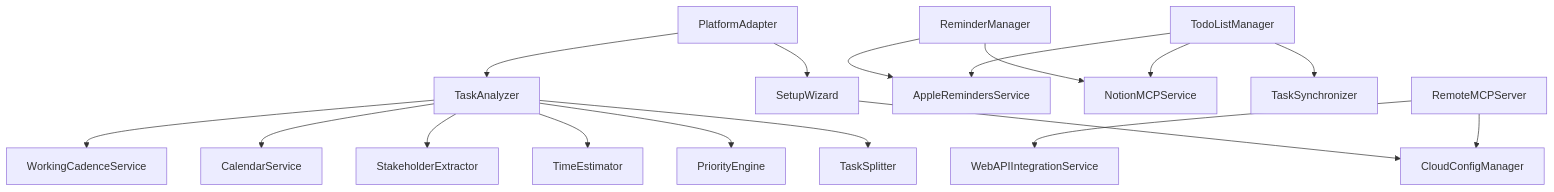
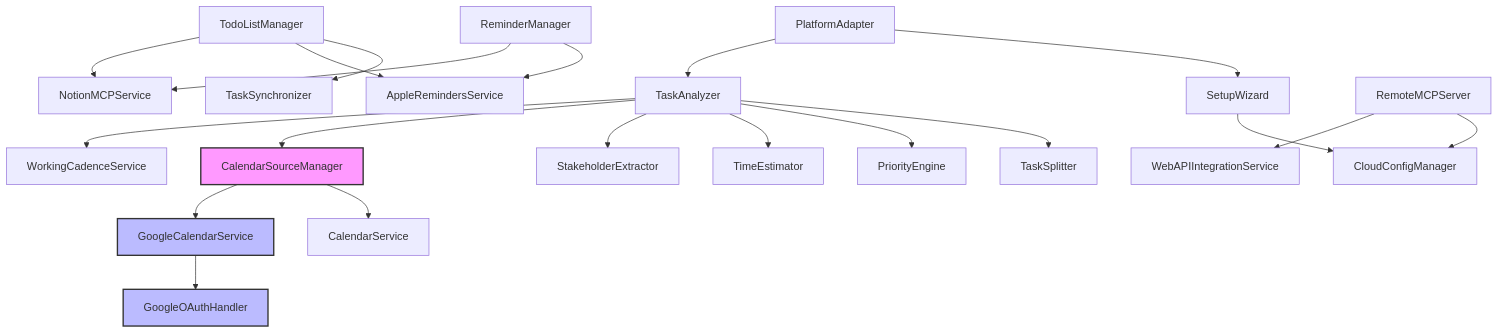
One commit to shin1ohno/sage changed the diagram in .claude/specs/components.md. Above: the diagram before and after it, drawn with Mermaid. The commit also changed other lines of this file and 16 other files, not shown here.

````diff
--- a/.claude/specs/components.md
+++ b/.claude/specs/components.md
@@ -533,25 +646,33 @@
 ```mermaid
 graph TD
     PlatformAdapter --> SetupWizard
     PlatformAdapter --> TaskAnalyzer
 
     SetupWizard --> CloudConfigManager
 
     TaskAnalyzer --> TaskSplitter
     TaskAnalyzer --> PriorityEngine
     TaskAnalyzer --> TimeEstimator
     TaskAnalyzer --> StakeholderExtractor
 
     ReminderManager --> AppleRemindersService
     ReminderManager --> NotionMCPService
 
-    TaskAnalyzer --> CalendarService
+    TaskAnalyzer --> CalendarSourceManager
     TaskAnalyzer --> WorkingCadenceService
+
+    CalendarSourceManager --> CalendarService
+    CalendarSourceManager --> GoogleCalendarService
+    GoogleCalendarService --> GoogleOAuthHandler
 
     TodoListManager --> TaskSynchronizer
     TodoListManager --> AppleRemindersService
     TodoListManager --> NotionMCPService
 
     RemoteMCPServer --> CloudConfigManager
     RemoteMCPServer --> WebAPIIntegrationService
+
+    style CalendarSourceManager fill:#f9f,stroke:#333,stroke-width:2px
+    style GoogleCalendarService fill:#bbf,stroke:#333,stroke-width:2px
+    style GoogleOAuthHandler fill:#bbf,stroke:#333,stroke-width:2px
 ```
````
